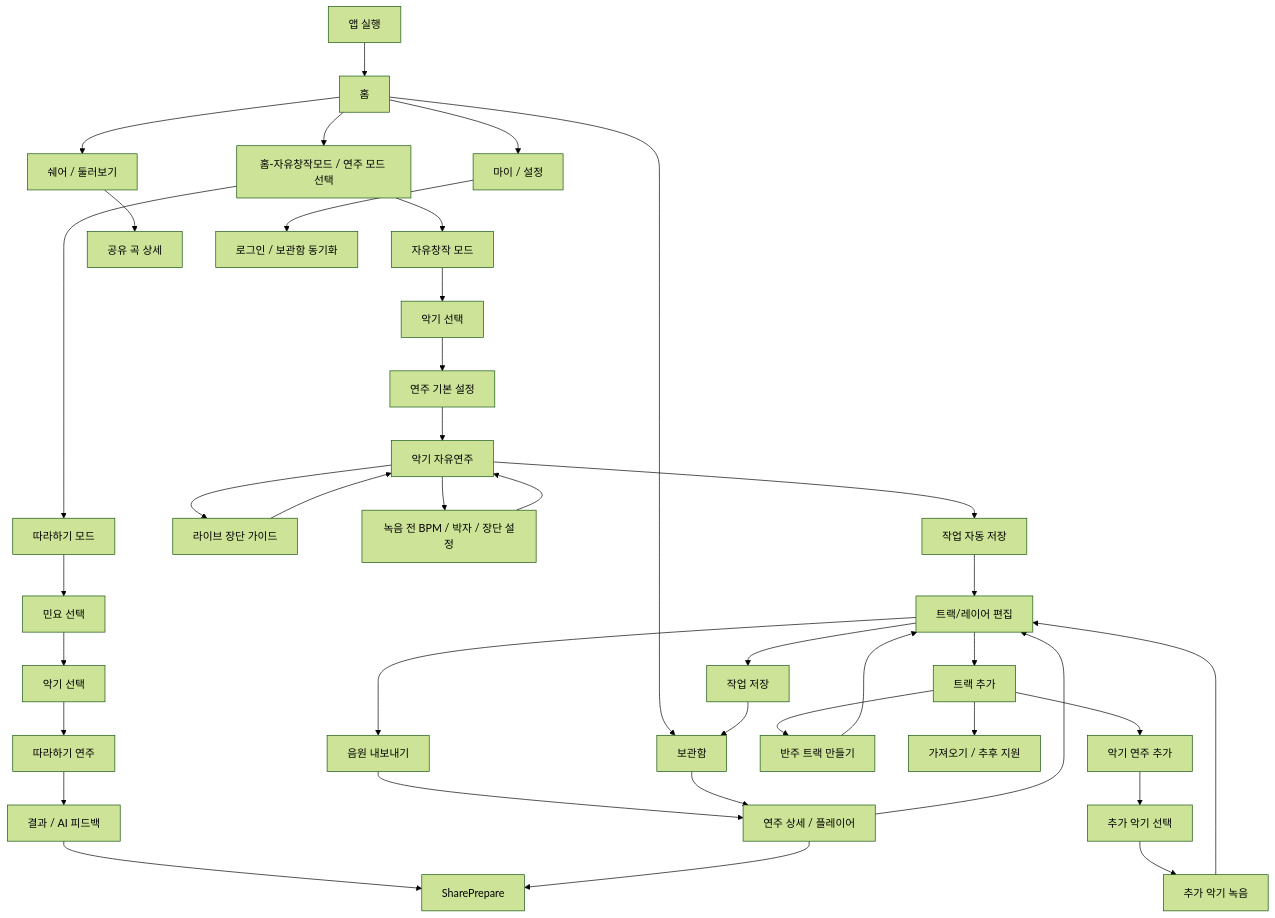
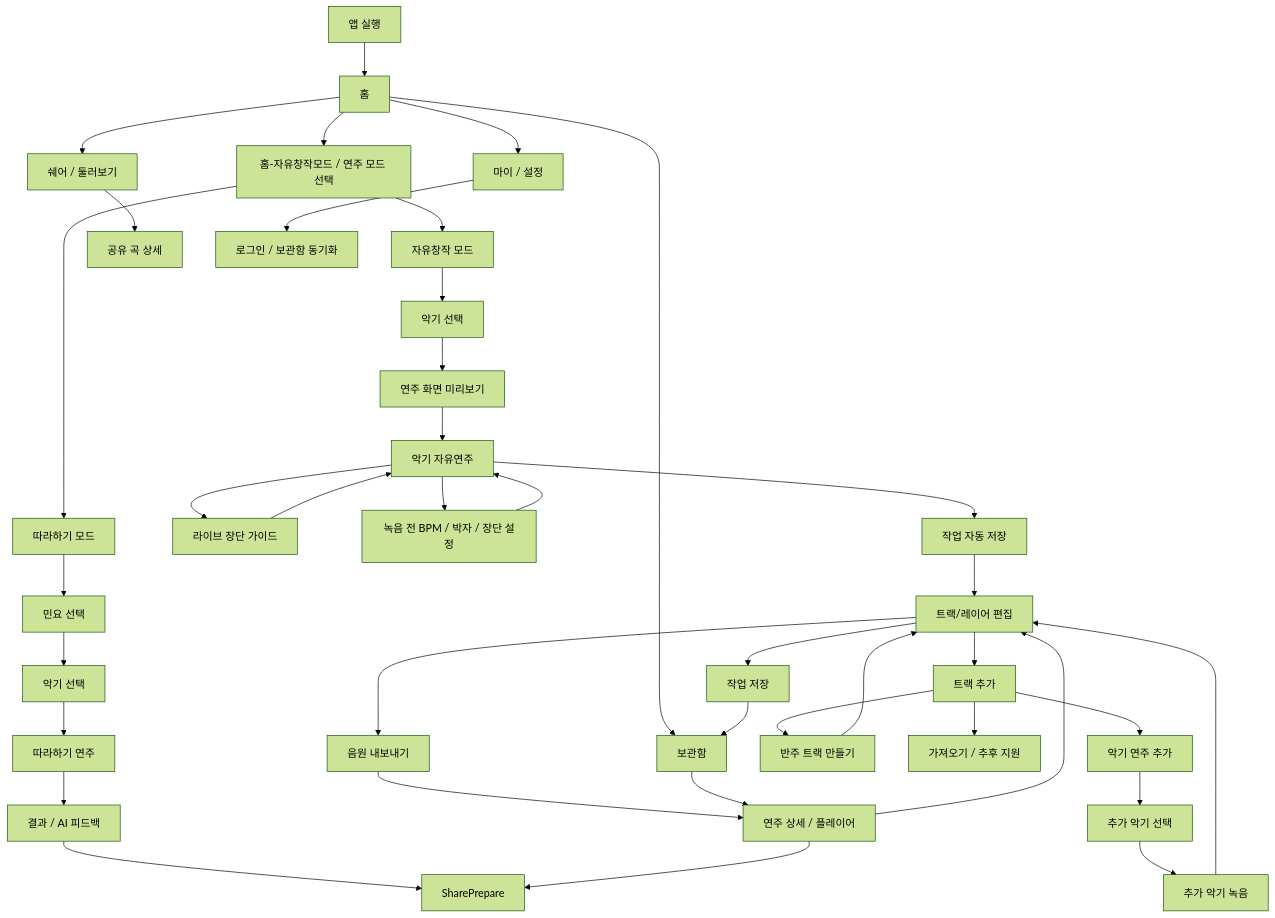
Before and after one commit to logan0741/GARAK-AI-Gugak-Studio: the diagram in front/docs/product/screen-flow/current-screen-flow.md, drawn with Mermaid (forest theme). The commit also changed other lines of this file and 5 other files, not shown here.

````diff
--- a/front/docs/product/screen-flow/current-screen-flow.md
+++ b/front/docs/product/screen-flow/current-screen-flow.md
@@ -122,48 +122,48 @@
 ```mermaid
 flowchart TD
     App["앱 실행"] --> Home["홈"]
 
     Home --> ModeGuide["홈-자유창작모드 / 연주 모드 선택"]
     Home --> Library["보관함"]
     Home --> ShareFeed["쉐어 / 둘러보기"]
     Home --> Settings["마이 / 설정"]
 
     ModeGuide --> FreeMode["자유창작 모드"]
     ModeGuide --> PracticeEntry["따라하기 모드"]
     FreeMode --> InstrumentSettings["악기 선택"]
-    InstrumentSettings --> PlayDefaults["연주 기본 설정"]
-    PlayDefaults --> FreePlay["악기 자유연주"]
+    InstrumentSettings --> PlayPreview["연주 화면 미리보기"]
+    PlayPreview --> FreePlay["악기 자유연주"]
     FreePlay --> LiveJangdanGuide["라이브 장단 가이드"]
     LiveJangdanGuide --> FreePlay
 
     FreePlay --> RecordSetup["녹음 전 BPM / 박자 / 장단 설정"]
     RecordSetup --> FreePlay
     FreePlay --> AutoSaveWork["작업 자동 저장"]
     AutoSaveWork --> LayerEdit["트랙/레이어 편집"]
     LayerEdit --> SaveWork["작업 저장"]
     LayerEdit --> ExportAudio["음원 내보내기"]
     SaveWork --> Library
     ExportAudio --> RecordingDetail
 
     LayerEdit --> AddTrack["트랙 추가"]
     AddTrack --> AddInstrumentType["악기 연주 추가"]
     AddTrack --> AccompanimentTrack["반주 트랙 만들기"]
     AddTrack --> ImportLocked["가져오기 / 추후 지원"]
     AddInstrumentType --> AddInstrumentSelect["추가 악기 선택"]
     AddInstrumentSelect --> ExtraInstrumentRecord["추가 악기 녹음"]
     ExtraInstrumentRecord --> LayerEdit
     AccompanimentTrack --> LayerEdit
 
     PracticeEntry --> SongSelect["민요 선택"]
     SongSelect --> PracticeInstrument["악기 선택"]
     PracticeInstrument --> PracticePlay["따라하기 연주"]
     PracticePlay --> PracticeResult["결과 / AI 피드백"]
     PracticeResult --> SharePrepare
 
     Library --> RecordingDetail["연주 상세 / 플레이어"]
     RecordingDetail --> LayerEdit
     RecordingDetail --> SharePrepare
 
     ShareFeed --> SharedDetail["공유 곡 상세"]
     Settings --> LoginSync["로그인 / 보관함 동기화"]
 ```
````
